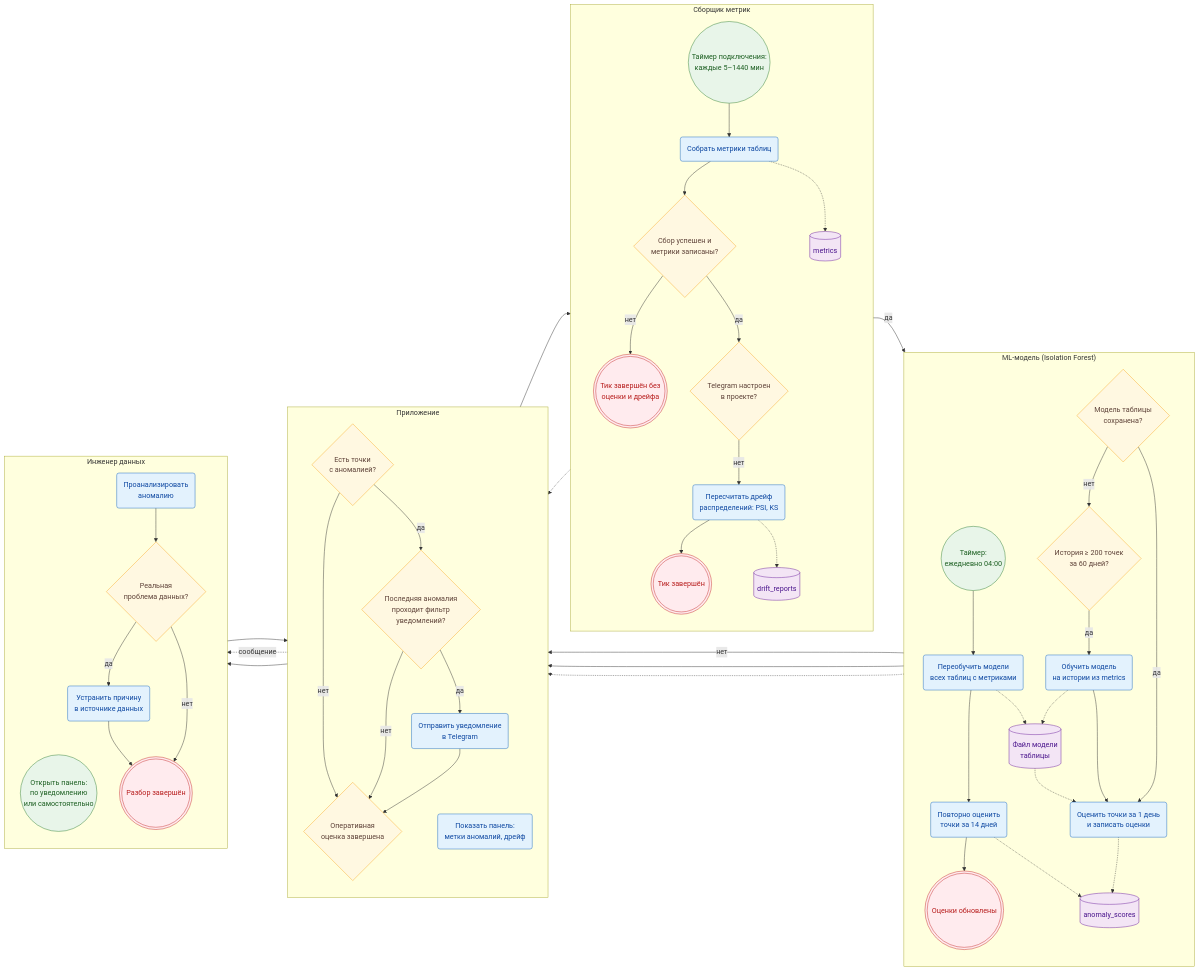
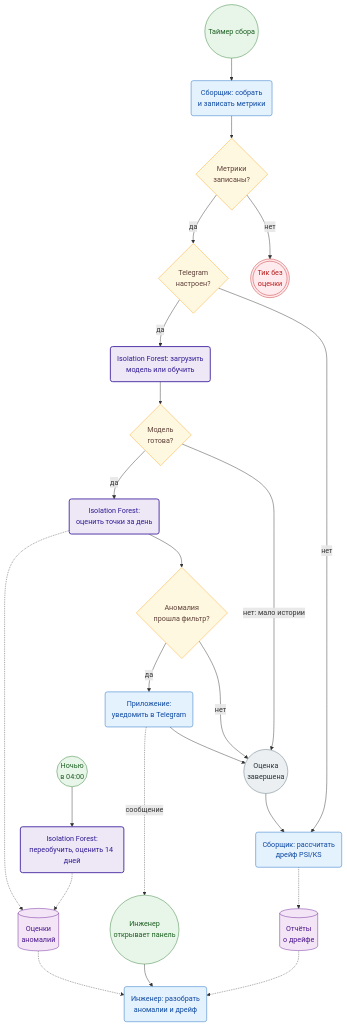
The diagram in docs/Model_BPMN.md (ksdergach/db-monitoring-production-standards), drawn with Mermaid before and after one commit. The commit also changed other lines of this file, not shown here.

Commit message:
docs: improve BPMN diagram readability (Issue #52)

````diff
--- a/docs/Model_BPMN.md
+++ b/docs/Model_BPMN.md
@@ -14,99 +14,58 @@
 ```mermaid
-flowchart LR
-    subgraph COL["Сборщик метрик"]
-        direction TB
-        s_tick(("Таймер подключения:<br/>каждые 5–1440 мин"))
-        t_collect("Собрать метрики таблиц")
-        ds_metrics[("metrics")]
-        g_ok{"Сбор успешен и<br/>метрики записаны?"}
-        e_noscore((("Тик завершён без<br/>оценки и дрейфа")))
-        g_tg{"Telegram настроен<br/>в проекте?"}
-        t_drift("Пересчитать дрейф<br/>распределений: PSI, KS")
-        ds_drift[("drift_reports")]
-        e_drift((("Тик завершён")))
-    end
+flowchart TB
+    s_tick(("Таймер сбора"))
+    t_collect("Сборщик: собрать<br/>и записать метрики")
+    g_ok{"Метрики<br/>записаны?"}
+    e_skip((("Тик без<br/>оценки")))
+    g_tg{"Telegram<br/>настроен?"}
+    t_load("Isolation Forest: загрузить<br/>модель или обучить")
+    g_ready{"Модель<br/>готова?"}
+    t_score("Isolation Forest:<br/>оценить точки за день")
+    g_anom{"Аномалия<br/>прошла фильтр?"}
+    t_send("Приложение:<br/>уведомить в Telegram")
+    g_join(("Оценка<br/>завершена"))
+    t_drift("Сборщик: рассчитать<br/>дрейф PSI/KS")
+    t_review("Инженер: разобрать<br/>аномалии и дрейф")
+    t_retrain("Isolation Forest:<br/>переобучить, оценить 14 дней")
+    ds_scores[("Оценки<br/>аномалий")]
+    s_night(("Ночью<br/>в 04:00"))
+    s_open(("Инженер<br/>открывает панель"))
+    ds_drift[("Отчёты<br/>о дрейфе")]
 
-    subgraph ML["ML-модель (Isolation Forest)"]
-        direction TB
-        g_model{"Модель таблицы<br/>сохранена?"}
-        g_hist{"История ≥ 200 точек<br/>за 60 дней?"}
-        t_train("Обучить модель<br/>на истории из metrics")
-        ds_model[("Файл модели<br/>таблицы")]
-        t_score("Оценить точки за 1 день<br/>и записать оценки")
-        ds_scores[("anomaly_scores")]
-        s_night(("Таймер:<br/>ежедневно 04:00"))
-        t_retrain("Переобучить модели<br/>всех таблиц с метриками")
-        t_rescore("Повторно оценить<br/>точки за 14 дней")
-        e_night((("Оценки обновлены")))
-    end
-
-    subgraph APP["Приложение"]
-        direction TB
-        g_anom{"Есть точки<br/>с аномалией?"}
-        g_filter{"Последняя аномалия<br/>проходит фильтр<br/>уведомлений?"}
-        t_send("Отправить уведомление<br/>в Telegram")
-        g_join{"Оперативная<br/>оценка завершена"}
-        t_panel("Показать панель:<br/>метки аномалий, дрейф")
-    end
-
-    subgraph ENG["Инженер данных"]
-        direction TB
-        s_open(("Открыть панель:<br/>по уведомлению<br/>или самостоятельно"))
-        t_analyze("Проанализировать<br/>аномалию")
-        g_decide{"Реальная<br/>проблема данных?"}
-        t_fix("Устранить причину<br/>в источнике данных")
-        e_done((("Разбор завершён")))
-    end
-
-    %% Основной процесс: тик сбора одного подключения
+    %% Тик сбора одного подключения
     s_tick --> t_collect --> g_ok
-    g_ok -- "нет" --> e_noscore
+    g_ok -- "нет" --> e_skip
     g_ok -- "да" --> g_tg
     g_tg -- "нет" --> t_drift
-    t_drift --> e_drift
-    g_tg -- "да" --> g_model
-
-    %% Оперативная оценка таблицы
-    g_model -- "да" --> t_score
-    g_model -- "нет" --> g_hist
-    g_hist -- "да" --> t_train --> t_score
-    g_hist -- "нет" --> g_join
-    t_score --> g_anom
+    g_tg -- "да" --> t_load --> g_ready
+    g_ready -- "нет: мало истории" --> g_join
+    g_ready -- "да" --> t_score --> g_anom
     g_anom -- "нет" --> g_join
-    g_anom -- "да" --> g_filter
-    g_filter -- "нет" --> g_join
-    g_filter -- "да" --> t_send --> g_join
+    g_anom -- "да" --> t_send --> g_join
     g_join --> t_drift
 
-    %% Отдельный процесс: ночное переобучение
-    s_night --> t_retrain --> t_rescore --> e_night
-
-    %% Работа инженера
+    %% Уведомление, панель, ночной процесс и данные
     t_send -. "сообщение" .-> s_open
-    s_open --> t_panel --> t_analyze --> g_decide
-    g_decide -- "да" --> t_fix --> e_done
-    g_decide -- "нет" --> e_done
-
-    %% Данные (пунктир)
-    t_collect -.-> ds_metrics
+    ds_scores -.-> t_review
+    ds_drift -.-> t_review
+    s_open --> t_review
+    s_night --> t_retrain -.-> ds_scores
+    t_score -.-> ds_scores
     t_drift -.-> ds_drift
-    t_train -.-> ds_model
-    t_retrain -.-> ds_model
-    ds_model -.-> t_score
-    t_score -.-> ds_scores
-    t_rescore -.-> ds_scores
-    ds_scores -.-> t_panel
-    ds_drift -.-> t_panel
 
     classDef event fill:#e8f5e9,stroke:#2e7d32,color:#1b5e20
     classDef endEvent fill:#ffebee,stroke:#c62828,color:#b71c1c
     classDef task fill:#e3f2fd,stroke:#1565c0,color:#0d47a1
+    classDef model fill:#ede7f6,stroke:#4527a0,color:#311b92,stroke-width:2px
     classDef gateway fill:#fff8e1,stroke:#f9a825,color:#5d4037
+    classDef merge fill:#eceff1,stroke:#546e7a,color:#263238
     classDef store fill:#f3e5f5,stroke:#6a1b9a,color:#4a148c
 
     class s_tick,s_night,s_open event
-    class e_noscore,e_drift,e_night,e_done endEvent
-    class t_collect,t_drift,t_train,t_score,t_retrain,t_rescore,t_send,t_panel,t_analyze,t_fix task
-    class g_ok,g_tg,g_model,g_hist,g_anom,g_filter,g_join,g_decide gateway
-    class ds_metrics,ds_drift,ds_model,ds_scores store
+    class e_skip endEvent
+    class t_collect,t_send,t_drift,t_review task
+    class t_load,t_score,t_retrain model
+    class g_ok,g_tg,g_ready,g_anom gateway
+    class g_join merge
+    class ds_scores,ds_drift store
 ```
````
